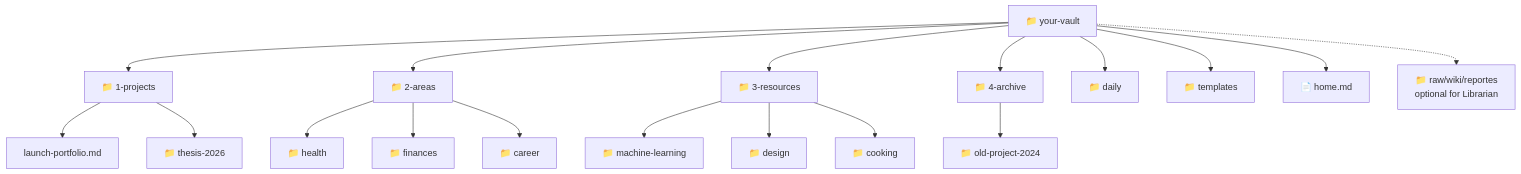
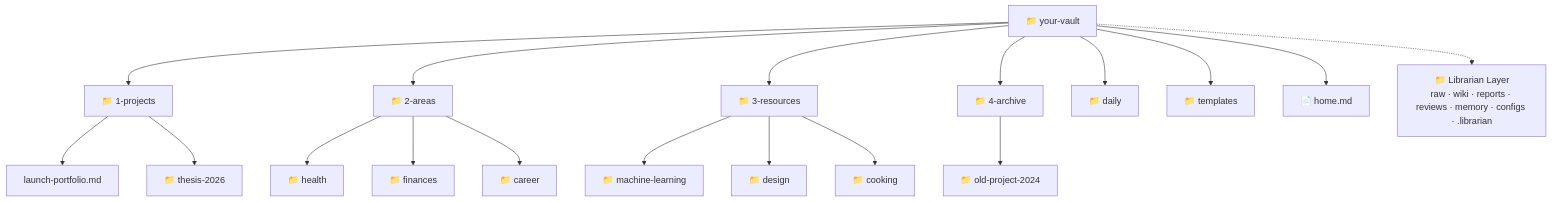
One commit to VanessaPellegrini/second-brain-ecosystem changed the diagram in second-brain/guides/en/04-vault-structure.md. Above: the diagram before and after it, drawn with Mermaid. The commit also changed other lines of this file and 8 other files, not shown here.

First line of the commit message:
feat: expand Librarian AI layer to full operational structure alongside PARA

````diff
--- a/second-brain/guides/en/04-vault-structure.md
+++ b/second-brain/guides/en/04-vault-structure.md
@@ -20,21 +20,21 @@
 ```mermaid
 graph TD
     Vault[📁 your-vault] --> P[📁 1-projects]
     Vault --> A[📁 2-areas]
     Vault --> R[📁 3-resources]
     Vault --> Arc[📁 4-archive]
     Vault --> D[📁 daily]
     Vault --> T[📁 templates]
     Vault --> H[📄 home.md]
-    Vault -.-> AI[📁 raw/wiki/reportes<br/>optional for Librarian]
+    Vault -.-> AI[📁 Librarian Layer<br/>raw · wiki · reports · reviews · memory · configs · .librarian]
 
     P --> P1[launch-portfolio.md]
     P --> P2[📁 thesis-2026]
     A --> A1[📁 health]
     A --> A2[📁 finances]
     A --> A3[📁 career]
     R --> R1[📁 machine-learning]
     R --> R2[📁 design]
     R --> R3[📁 cooking]
     Arc --> Arc1[📁 old-project-2024]
 ```
````
